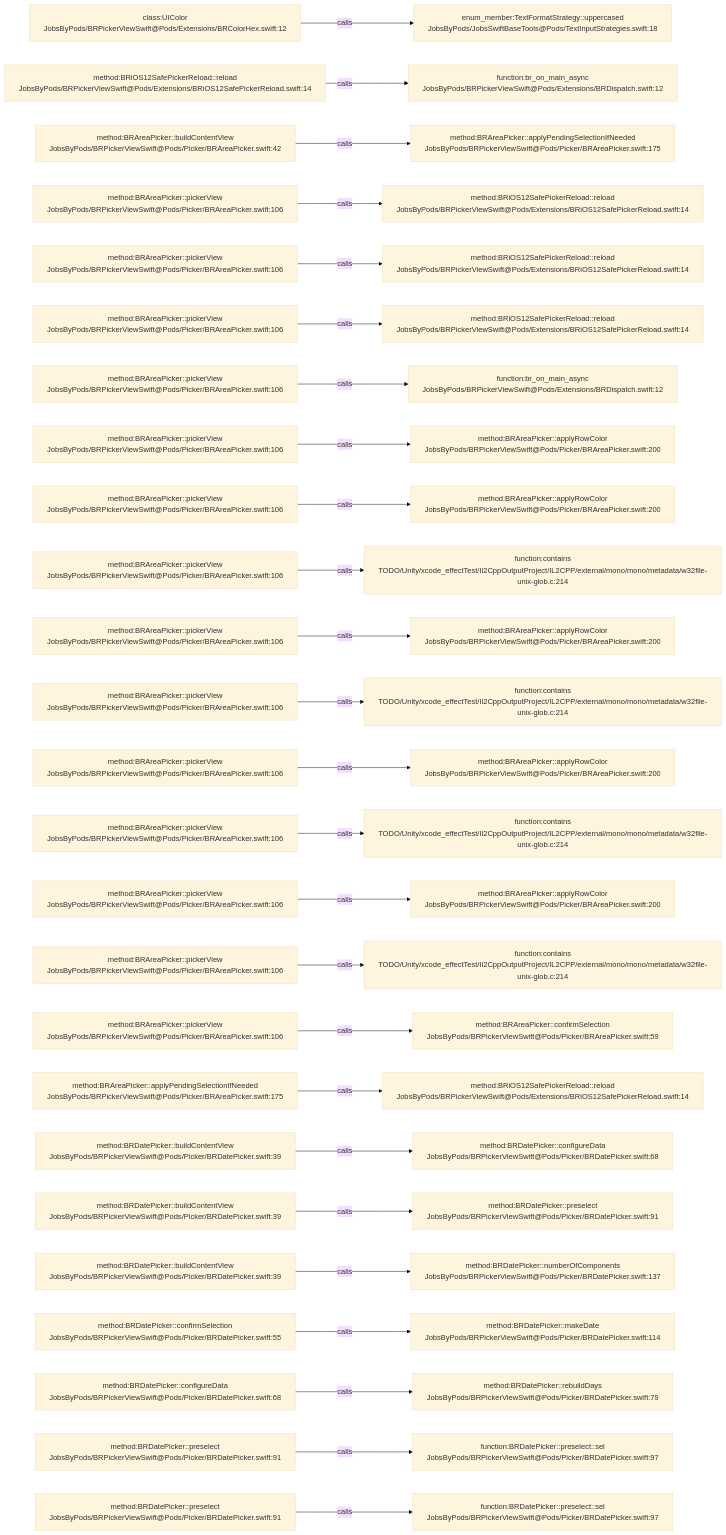
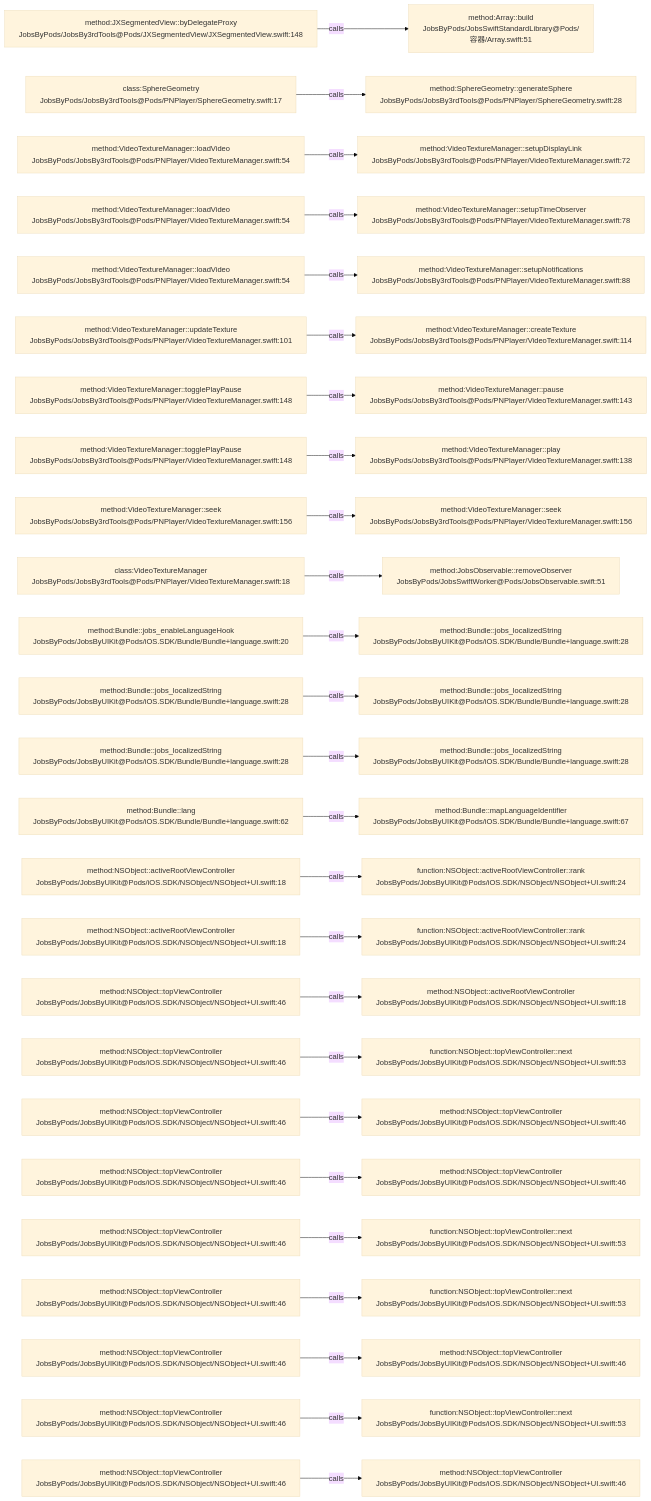
The diagram in .codegraph/codegraph.md/graphs/calls-001.md (JobsKits/JobsSwiftBaseConfigDemo), drawn with Mermaid (base theme) before and after one commit. The commit also changed 227 other files, not shown here.

````diff
--- a/.codegraph/codegraph.md/graphs/calls-001.md
+++ b/.codegraph/codegraph.md/graphs/calls-001.md
@@ -13,78 +13,78 @@
 ```mermaid
 flowchart LR
-  S1["class:UIColor<br/>JobsByPods/BRPickerViewSwift@Pods/Extensions/BRColorHex.swift:12"]
-  T1["enum_member:TextFormatStrategy::uppercased<br/>JobsByPods/JobsSwiftBaseTools@Pods/TextInputStrategies.swift:18"]
+  S1["method:JXSegmentedView::byDelegateProxy<br/>JobsByPods/JobsBy3rdTools@Pods/JXSegmentedView/JXSegmentedView.swift:148"]
+  T1["method:Array::build<br/>JobsByPods/JobsSwiftStandardLibrary@Pods/容器/Array.swift:51"]
   S1 -->|calls| T1
-  S2["method:BRiOS12SafePickerReload::reload<br/>JobsByPods/BRPickerViewSwift@Pods/Extensions/BRiOS12SafePickerReload.swift:14"]
-  T2["function:br_on_main_async<br/>JobsByPods/BRPickerViewSwift@Pods/Extensions/BRDispatch.swift:12"]
+  S2["class:SphereGeometry<br/>JobsByPods/JobsBy3rdTools@Pods/PNPlayer/SphereGeometry.swift:17"]
+  T2["method:SphereGeometry::generateSphere<br/>JobsByPods/JobsBy3rdTools@Pods/PNPlayer/SphereGeometry.swift:28"]
   S2 -->|calls| T2
-  S3["method:BRAreaPicker::buildContentView<br/>JobsByPods/BRPickerViewSwift@Pods/Picker/BRAreaPicker.swift:42"]
-  T3["method:BRAreaPicker::applyPendingSelectionIfNeeded<br/>JobsByPods/BRPickerViewSwift@Pods/Picker/BRAreaPicker.swift:175"]
+  S3["method:VideoTextureManager::loadVideo<br/>JobsByPods/JobsBy3rdTools@Pods/PNPlayer/VideoTextureManager.swift:54"]
+  T3["method:VideoTextureManager::setupDisplayLink<br/>JobsByPods/JobsBy3rdTools@Pods/PNPlayer/VideoTextureManager.swift:72"]
   S3 -->|calls| T3
-  S4["method:BRAreaPicker::pickerView<br/>JobsByPods/BRPickerViewSwift@Pods/Picker/BRAreaPicker.swift:106"]
-  T4["method:BRiOS12SafePickerReload::reload<br/>JobsByPods/BRPickerViewSwift@Pods/Extensions/BRiOS12SafePickerReload.swift:14"]
+  S4["method:VideoTextureManager::loadVideo<br/>JobsByPods/JobsBy3rdTools@Pods/PNPlayer/VideoTextureManager.swift:54"]
+  T4["method:VideoTextureManager::setupTimeObserver<br/>JobsByPods/JobsBy3rdTools@Pods/PNPlayer/VideoTextureManager.swift:78"]
   S4 -->|calls| T4
-  S5["method:BRAreaPicker::pickerView<br/>JobsByPods/BRPickerViewSwift@Pods/Picker/BRAreaPicker.swift:106"]
-  T5["method:BRiOS12SafePickerReload::reload<br/>JobsByPods/BRPickerViewSwift@Pods/Extensions/BRiOS12SafePickerReload.swift:14"]
+  S5["method:VideoTextureManager::loadVideo<br/>JobsByPods/JobsBy3rdTools@Pods/PNPlayer/VideoTextureManager.swift:54"]
+  T5["method:VideoTextureManager::setupNotifications<br/>JobsByPods/JobsBy3rdTools@Pods/PNPlayer/VideoTextureManager.swift:88"]
   S5 -->|calls| T5
-  S6["method:BRAreaPicker::pickerView<br/>JobsByPods/BRPickerViewSwift@Pods/Picker/BRAreaPicker.swift:106"]
-  T6["method:BRiOS12SafePickerReload::reload<br/>JobsByPods/BRPickerViewSwift@Pods/Extensions/BRiOS12SafePickerReload.swift:14"]
+  S6["method:VideoTextureManager::updateTexture<br/>JobsByPods/JobsBy3rdTools@Pods/PNPlayer/VideoTextureManager.swift:101"]
+  T6["method:VideoTextureManager::createTexture<br/>JobsByPods/JobsBy3rdTools@Pods/PNPlayer/VideoTextureManager.swift:114"]
   S6 -->|calls| T6
-  S7["method:BRAreaPicker::pickerView<br/>JobsByPods/BRPickerViewSwift@Pods/Picker/BRAreaPicker.swift:106"]
-  T7["function:br_on_main_async<br/>JobsByPods/BRPickerViewSwift@Pods/Extensions/BRDispatch.swift:12"]
+  S7["method:VideoTextureManager::togglePlayPause<br/>JobsByPods/JobsBy3rdTools@Pods/PNPlayer/VideoTextureManager.swift:148"]
+  T7["method:VideoTextureManager::pause<br/>JobsByPods/JobsBy3rdTools@Pods/PNPlayer/VideoTextureManager.swift:143"]
   S7 -->|calls| T7
-  S8["method:BRAreaPicker::pickerView<br/>JobsByPods/BRPickerViewSwift@Pods/Picker/BRAreaPicker.swift:106"]
-  T8["method:BRAreaPicker::applyRowColor<br/>JobsByPods/BRPickerViewSwift@Pods/Picker/BRAreaPicker.swift:200"]
+  S8["method:VideoTextureManager::togglePlayPause<br/>JobsByPods/JobsBy3rdTools@Pods/PNPlayer/VideoTextureManager.swift:148"]
+  T8["method:VideoTextureManager::play<br/>JobsByPods/JobsBy3rdTools@Pods/PNPlayer/VideoTextureManager.swift:138"]
   S8 -->|calls| T8
-  S9["method:BRAreaPicker::pickerView<br/>JobsByPods/BRPickerViewSwift@Pods/Picker/BRAreaPicker.swift:106"]
-  T9["method:BRAreaPicker::applyRowColor<br/>JobsByPods/BRPickerViewSwift@Pods/Picker/BRAreaPicker.swift:200"]
+  S9["method:VideoTextureManager::seek<br/>JobsByPods/JobsBy3rdTools@Pods/PNPlayer/VideoTextureManager.swift:156"]
+  T9["method:VideoTextureManager::seek<br/>JobsByPods/JobsBy3rdTools@Pods/PNPlayer/VideoTextureManager.swift:156"]
   S9 -->|calls| T9
-  S10["method:BRAreaPicker::pickerView<br/>JobsByPods/BRPickerViewSwift@Pods/Picker/BRAreaPicker.swift:106"]
-  T10["function:contains<br/>TODO/Unity/xcode_effectTest/Il2CppOutputProject/IL2CPP/external/mono/mono/metadata/w32file-unix-glob.c:214"]
+  S10["class:VideoTextureManager<br/>JobsByPods/JobsBy3rdTools@Pods/PNPlayer/VideoTextureManager.swift:18"]
+  T10["method:JobsObservable::removeObserver<br/>JobsByPods/JobsSwiftWorker@Pods/JobsObservable.swift:51"]
   S10 -->|calls| T10
-  S11["method:BRAreaPicker::pickerView<br/>JobsByPods/BRPickerViewSwift@Pods/Picker/BRAreaPicker.swift:106"]
-  T11["method:BRAreaPicker::applyRowColor<br/>JobsByPods/BRPickerViewSwift@Pods/Picker/BRAreaPicker.swift:200"]
+  S11["method:Bundle::jobs_enableLanguageHook<br/>JobsByPods/JobsByUIKit@Pods/iOS.SDK/Bundle/Bundle+language.swift:20"]
+  T11["method:Bundle::jobs_localizedString<br/>JobsByPods/JobsByUIKit@Pods/iOS.SDK/Bundle/Bundle+language.swift:28"]
   S11 -->|calls| T11
-  S12["method:BRAreaPicker::pickerView<br/>JobsByPods/BRPickerViewSwift@Pods/Picker/BRAreaPicker.swift:106"]
-  T12["function:contains<br/>TODO/Unity/xcode_effectTest/Il2CppOutputProject/IL2CPP/external/mono/mono/metadata/w32file-unix-glob.c:214"]
+  S12["method:Bundle::jobs_localizedString<br/>JobsByPods/JobsByUIKit@Pods/iOS.SDK/Bundle/Bundle+language.swift:28"]
+  T12["method:Bundle::jobs_localizedString<br/>JobsByPods/JobsByUIKit@Pods/iOS.SDK/Bundle/Bundle+language.swift:28"]
   S12 -->|calls| T12
-  S13["method:BRAreaPicker::pickerView<br/>JobsByPods/BRPickerViewSwift@Pods/Picker/BRAreaPicker.swift:106"]
-  T13["method:BRAreaPicker::applyRowColor<br/>JobsByPods/BRPickerViewSwift@Pods/Picker/BRAreaPicker.swift:200"]
+  S13["method:Bundle::jobs_localizedString<br/>JobsByPods/JobsByUIKit@Pods/iOS.SDK/Bundle/Bundle+language.swift:28"]
+  T13["method:Bundle::jobs_localizedString<br/>JobsByPods/JobsByUIKit@Pods/iOS.SDK/Bundle/Bundle+language.swift:28"]
   S13 -->|calls| T13
-  S14["method:BRAreaPicker::pickerView<br/>JobsByPods/BRPickerViewSwift@Pods/Picker/BRAreaPicker.swift:106"]
-  T14["function:contains<br/>TODO/Unity/xcode_effectTest/Il2CppOutputProject/IL2CPP/external/mono/mono/metadata/w32file-unix-glob.c:214"]
+  S14["method:Bundle::lang<br/>JobsByPods/JobsByUIKit@Pods/iOS.SDK/Bundle/Bundle+language.swift:62"]
+  T14["method:Bundle::mapLanguageIdentifier<br/>JobsByPods/JobsByUIKit@Pods/iOS.SDK/Bundle/Bundle+language.swift:67"]
   S14 -->|calls| T14
-  S15["method:BRAreaPicker::pickerView<br/>JobsByPods/BRPickerViewSwift@Pods/Picker/BRAreaPicker.swift:106"]
-  T15["method:BRAreaPicker::applyRowColor<br/>JobsByPods/BRPickerViewSwift@Pods/Picker/BRAreaPicker.swift:200"]
+  S15["method:NSObject::activeRootViewController<br/>JobsByPods/JobsByUIKit@Pods/iOS.SDK/NSObject/NSObject+UI.swift:18"]
+  T15["function:NSObject::activeRootViewController::rank<br/>JobsByPods/JobsByUIKit@Pods/iOS.SDK/NSObject/NSObject+UI.swift:24"]
   S15 -->|calls| T15
-  S16["method:BRAreaPicker::pickerView<br/>JobsByPods/BRPickerViewSwift@Pods/Picker/BRAreaPicker.swift:106"]
-  T16["function:contains<br/>TODO/Unity/xcode_effectTest/Il2CppOutputProject/IL2CPP/external/mono/mono/metadata/w32file-unix-glob.c:214"]
+  S16["method:NSObject::activeRootViewController<br/>JobsByPods/JobsByUIKit@Pods/iOS.SDK/NSObject/NSObject+UI.swift:18"]
+  T16["function:NSObject::activeRootViewController::rank<br/>JobsByPods/JobsByUIKit@Pods/iOS.SDK/NSObject/NSObject+UI.swift:24"]
   S16 -->|calls| T16
-  S17["method:BRAreaPicker::pickerView<br/>JobsByPods/BRPickerViewSwift@Pods/Picker/BRAreaPicker.swift:106"]
-  T17["method:BRAreaPicker::confirmSelection<br/>JobsByPods/BRPickerViewSwift@Pods/Picker/BRAreaPicker.swift:59"]
+  S17["method:NSObject::topViewController<br/>JobsByPods/JobsByUIKit@Pods/iOS.SDK/NSObject/NSObject+UI.swift:46"]
+  T17["method:NSObject::activeRootViewController<br/>JobsByPods/JobsByUIKit@Pods/iOS.SDK/NSObject/NSObject+UI.swift:18"]
   S17 -->|calls| T17
-  S18["method:BRAreaPicker::applyPendingSelectionIfNeeded<br/>JobsByPods/BRPickerViewSwift@Pods/Picker/BRAreaPicker.swift:175"]
-  T18["method:BRiOS12SafePickerReload::reload<br/>JobsByPods/BRPickerViewSwift@Pods/Extensions/BRiOS12SafePickerReload.swift:14"]
+  S18["method:NSObject::topViewController<br/>JobsByPods/JobsByUIKit@Pods/iOS.SDK/NSObject/NSObject+UI.swift:46"]
+  T18["function:NSObject::topViewController::next<br/>JobsByPods/JobsByUIKit@Pods/iOS.SDK/NSObject/NSObject+UI.swift:53"]
   S18 -->|calls| T18
-  S19["method:BRDatePicker::buildContentView<br/>JobsByPods/BRPickerViewSwift@Pods/Picker/BRDatePicker.swift:39"]
-  T19["method:BRDatePicker::configureData<br/>JobsByPods/BRPickerViewSwift@Pods/Picker/BRDatePicker.swift:68"]
+  S19["method:NSObject::topViewController<br/>JobsByPods/JobsByUIKit@Pods/iOS.SDK/NSObject/NSObject+UI.swift:46"]
+  T19["method:NSObject::topViewController<br/>JobsByPods/JobsByUIKit@Pods/iOS.SDK/NSObject/NSObject+UI.swift:46"]
   S19 -->|calls| T19
-  S20["method:BRDatePicker::buildContentView<br/>JobsByPods/BRPickerViewSwift@Pods/Picker/BRDatePicker.swift:39"]
-  T20["method:BRDatePicker::preselect<br/>JobsByPods/BRPickerViewSwift@Pods/Picker/BRDatePicker.swift:91"]
+  S20["method:NSObject::topViewController<br/>JobsByPods/JobsByUIKit@Pods/iOS.SDK/NSObject/NSObject+UI.swift:46"]
+  T20["method:NSObject::topViewController<br/>JobsByPods/JobsByUIKit@Pods/iOS.SDK/NSObject/NSObject+UI.swift:46"]
   S20 -->|calls| T20
-  S21["method:BRDatePicker::buildContentView<br/>JobsByPods/BRPickerViewSwift@Pods/Picker/BRDatePicker.swift:39"]
-  T21["method:BRDatePicker::numberOfComponents<br/>JobsByPods/BRPickerViewSwift@Pods/Picker/BRDatePicker.swift:137"]
+  S21["method:NSObject::topViewController<br/>JobsByPods/JobsByUIKit@Pods/iOS.SDK/NSObject/NSObject+UI.swift:46"]
+  T21["function:NSObject::topViewController::next<br/>JobsByPods/JobsByUIKit@Pods/iOS.SDK/NSObject/NSObject+UI.swift:53"]
   S21 -->|calls| T21
-  S22["method:BRDatePicker::confirmSelection<br/>JobsByPods/BRPickerViewSwift@Pods/Picker/BRDatePicker.swift:55"]
-  T22["method:BRDatePicker::makeDate<br/>JobsByPods/BRPickerViewSwift@Pods/Picker/BRDatePicker.swift:114"]
+  S22["method:NSObject::topViewController<br/>JobsByPods/JobsByUIKit@Pods/iOS.SDK/NSObject/NSObject+UI.swift:46"]
+  T22["function:NSObject::topViewController::next<br/>JobsByPods/JobsByUIKit@Pods/iOS.SDK/NSObject/NSObject+UI.swift:53"]
   S22 -->|calls| T22
-  S23["method:BRDatePicker::configureData<br/>JobsByPods/BRPickerViewSwift@Pods/Picker/BRDatePicker.swift:68"]
-  T23["method:BRDatePicker::rebuildDays<br/>JobsByPods/BRPickerViewSwift@Pods/Picker/BRDatePicker.swift:79"]
+  S23["method:NSObject::topViewController<br/>JobsByPods/JobsByUIKit@Pods/iOS.SDK/NSObject/NSObject+UI.swift:46"]
+  T23["method:NSObject::topViewController<br/>JobsByPods/JobsByUIKit@Pods/iOS.SDK/NSObject/NSObject+UI.swift:46"]
   S23 -->|calls| T23
-  S24["method:BRDatePicker::preselect<br/>JobsByPods/BRPickerViewSwift@Pods/Picker/BRDatePicker.swift:91"]
-  T24["function:BRDatePicker::preselect::sel<br/>JobsByPods/BRPickerViewSwift@Pods/Picker/BRDatePicker.swift:97"]
+  S24["method:NSObject::topViewController<br/>JobsByPods/JobsByUIKit@Pods/iOS.SDK/NSObject/NSObject+UI.swift:46"]
+  T24["function:NSObject::topViewController::next<br/>JobsByPods/JobsByUIKit@Pods/iOS.SDK/NSObject/NSObject+UI.swift:53"]
   S24 -->|calls| T24
-  S25["method:BRDatePicker::preselect<br/>JobsByPods/BRPickerViewSwift@Pods/Picker/BRDatePicker.swift:91"]
-  T25["function:BRDatePicker::preselect::sel<br/>JobsByPods/BRPickerViewSwift@Pods/Picker/BRDatePicker.swift:97"]
+  S25["method:NSObject::topViewController<br/>JobsByPods/JobsByUIKit@Pods/iOS.SDK/NSObject/NSObject+UI.swift:46"]
+  T25["method:NSObject::topViewController<br/>JobsByPods/JobsByUIKit@Pods/iOS.SDK/NSObject/NSObject+UI.swift:46"]
   S25 -->|calls| T25
 ```
````
